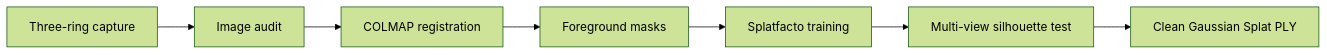
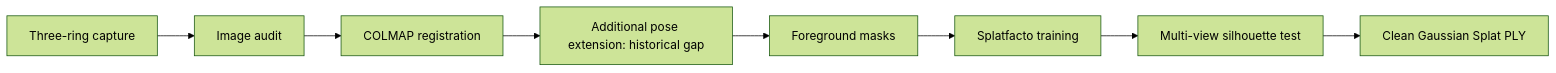
One commit to raccoon663/close-range-object-reconstruction-3dgs changed the diagram in README.md. Above: the diagram before and after it, drawn with Mermaid (forest theme). The commit also changed other lines of this file and 2 other files, not shown here.

````diff
--- a/README.md
+++ b/README.md
@@ -58,9 +64,10 @@
 ```mermaid
 flowchart LR
     A[Three-ring capture] --> B[Image audit]
     B --> C[COLMAP registration]
-    C --> D[Foreground masks]
+    C --> H[Additional pose extension: historical gap]
+    H --> D[Foreground masks]
     D --> E[Splatfacto training]
     E --> F[Multi-view silhouette test]
     F --> G[Clean Gaussian Splat PLY]
 ```
````
